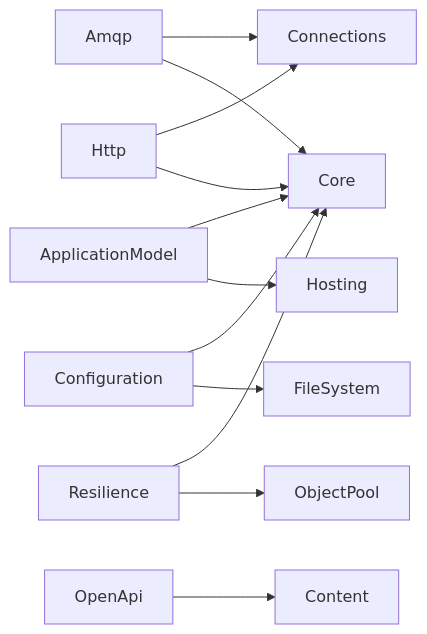
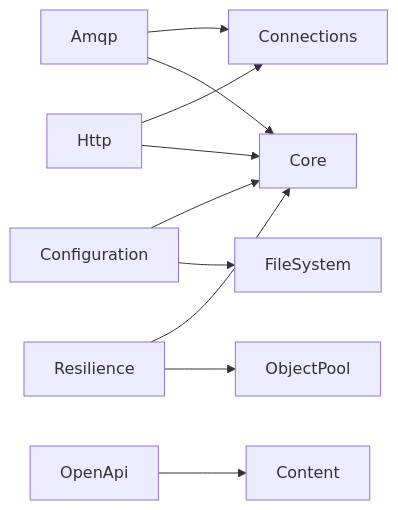
Before and after one commit to assimalign/cohesion: the first of 28 diagrams in docs/DEPENDENCIES.md, drawn with Mermaid. The commit also changed other lines of this file and 268 other files, not shown here.

First line of the commit message:
refactor(application-model): remove the old ApplicationModel libraries

````diff
--- a/docs/DEPENDENCIES.md
+++ b/docs/DEPENDENCIES.md
@@ -64,26 +64,22 @@
 ```mermaid
 flowchart LR
     L0["Amqp"]
-    L1["ApplicationModel"]
-    L2["Configuration"]
-    L3["Connections"]
-    L4["Content"]
-    L5["Core"]
-    L6["FileSystem"]
-    L7["Hosting"]
-    L8["Http"]
-    L9["ObjectPool"]
-    L10["OpenApi"]
-    L11["Resilience"]
-    L0 --> L3
-    L0 --> L5
+    L1["Configuration"]
+    L2["Connections"]
+    L3["Content"]
+    L4["Core"]
+    L5["FileSystem"]
+    L6["Http"]
+    L7["ObjectPool"]
+    L8["OpenApi"]
+    L9["Resilience"]
+    L0 --> L2
+    L0 --> L4
+    L1 --> L4
     L1 --> L5
-    L1 --> L7
-    L2 --> L5
-    L2 --> L6
+    L6 --> L2
+    L6 --> L4
     L8 --> L3
-    L8 --> L5
-    L10 --> L4
-    L11 --> L5
-    L11 --> L9
+    L9 --> L4
+    L9 --> L7
 ```
````
